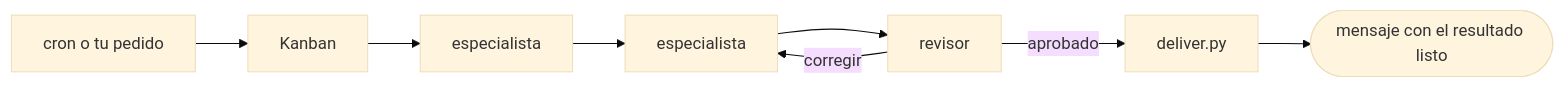
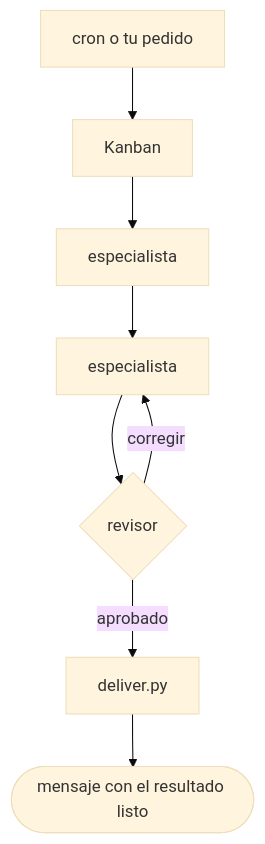
Before and after one commit to PuntoyComaTech/hermes-agent-squads: the second of 2 diagrams in README.es.md, drawn with Mermaid (base theme). The commit also changed other lines of this file and 3 other files, not shown here.

Commit message:
docs: add AGENTS.md, vertical README diagrams, fix stripped placeholder

````diff
--- a/README.es.md
+++ b/README.es.md
@@ -42,7 +43,8 @@
 ```mermaid
-flowchart LR
-    T[cron o tu pedido] --> K[Kanban]
-    K --> S1[especialista] --> S2[especialista] --> R[revisor]
-    R -- corregir --> S2
-    R -- aprobado --> D[deliver.py] --> Msg([mensaje con el resultado listo])
+flowchart TB
+    T["cron o tu pedido"] --> K["Kanban"]
+    K --> S1["especialista"] --> S2["especialista"] --> R{"revisor"}
+    R -->|"corregir"| S2
+    R -->|"aprobado"| D["deliver.py"]
+    D --> Msg(["mensaje con el resultado listo"])
 ```
````
